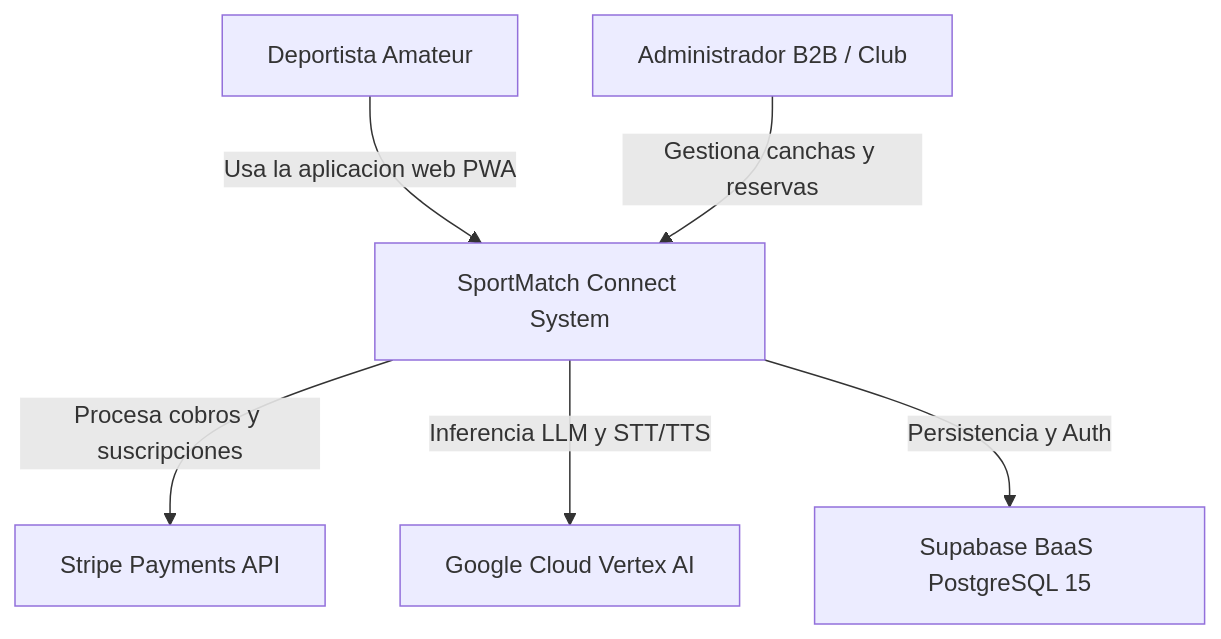
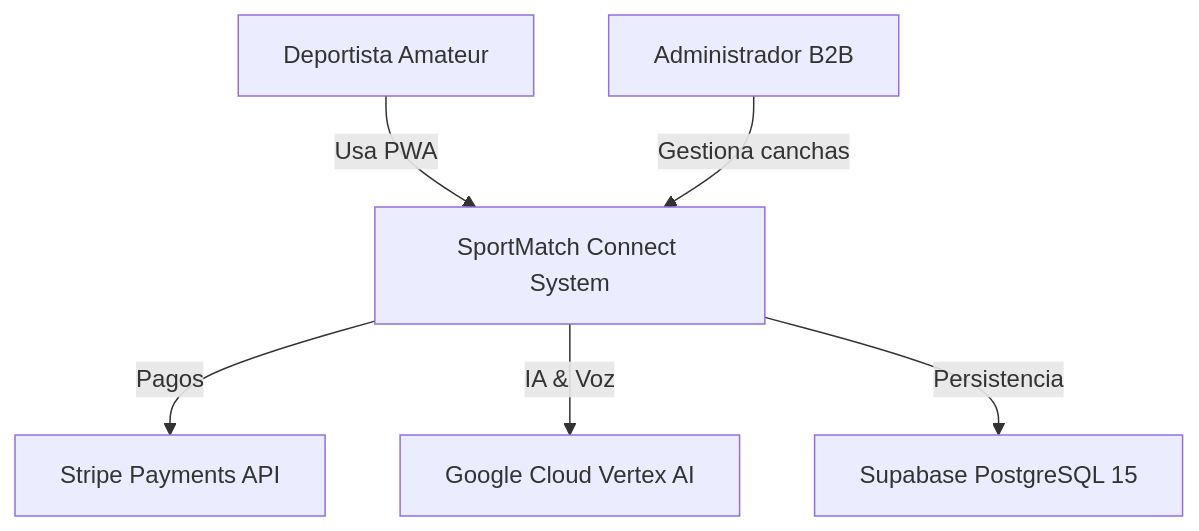
Before and after one commit to jojiz29/sportmatch-connect: the seventh of 9 diagrams in TESIS_FINAL_SPORTMATCH_ES.md, drawn with Mermaid. The commit also changed other lines of this file and 7 other files, not shown here.

````diff
--- a/TESIS_FINAL_SPORTMATCH_ES.md
+++ b/TESIS_FINAL_SPORTMATCH_ES.md
@@ -525,8 +310,8 @@
 ```mermaid
 graph TB
-    U[Deportista Amateur] -->|Usa la aplicacion web PWA| SM[SportMatch Connect System]
-    A[Administrador B2B / Club] -->|Gestiona canchas y reservas| SM
-    SM -->|Procesa cobros y suscripciones| STR[Stripe Payments API]
-    SM -->|Inferencia LLM y STT/TTS| GCP[Google Cloud Vertex AI]
-    SM -->|Persistencia y Auth| SUP[Supabase BaaS PostgreSQL 15]
+    U[Deportista Amateur] -->|Usa PWA| SM[SportMatch Connect System]
+    A[Administrador B2B] -->|Gestiona canchas| SM
+    SM -->|Pagos| STR[Stripe Payments API]
+    SM -->|IA & Voz| GCP[Google Cloud Vertex AI]
+    SM -->|Persistencia| SUP[Supabase PostgreSQL 15]
 ```
````
